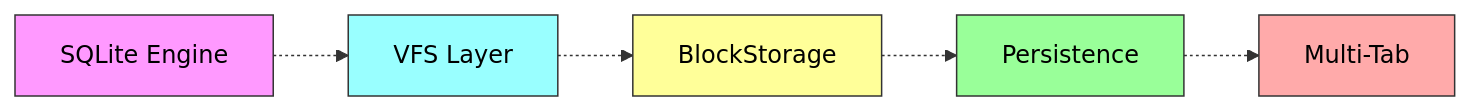
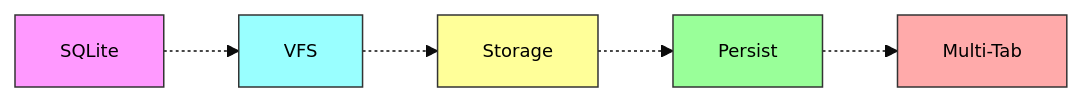
The second of 2 diagrams in README.md (npiesco/absurder-sql), drawn with Mermaid before and after one commit.

Commit message:
docs: Make legend more compact with shorter labels and smaller font

````diff
--- a/README.md
+++ b/README.md
@@ -98,9 +98,10 @@
 ```mermaid
+%%{init: {'theme':'base', 'themeVariables': {'fontSize':'12px'}}}%%
 graph LR
-    L1["SQLite Engine"] -.-> L2["VFS Layer"] -.-> L3["BlockStorage"] -.-> L4["Persistence"] -.-> L5["Multi-Tab"]
+    L1[SQLite] -.-> L2[VFS] -.-> L3[Storage] -.-> L4[Persist] -.-> L5[Multi-Tab]
     style L1 fill:#f9f,stroke:#333,color:#000
     style L2 fill:#9ff,stroke:#333,color:#000
     style L3 fill:#ff9,stroke:#333,color:#000
     style L4 fill:#9f9,stroke:#333,color:#000
     style L5 fill:#faa,stroke:#333,color:#000
 ```
````
